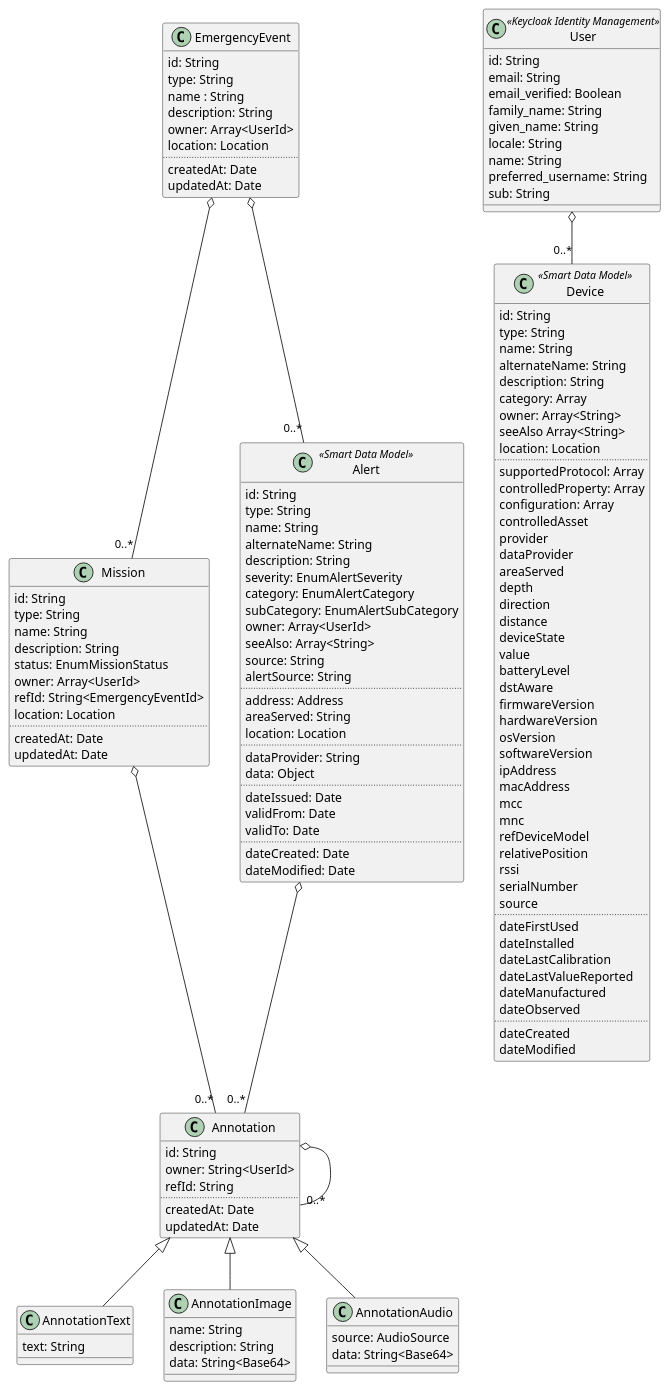
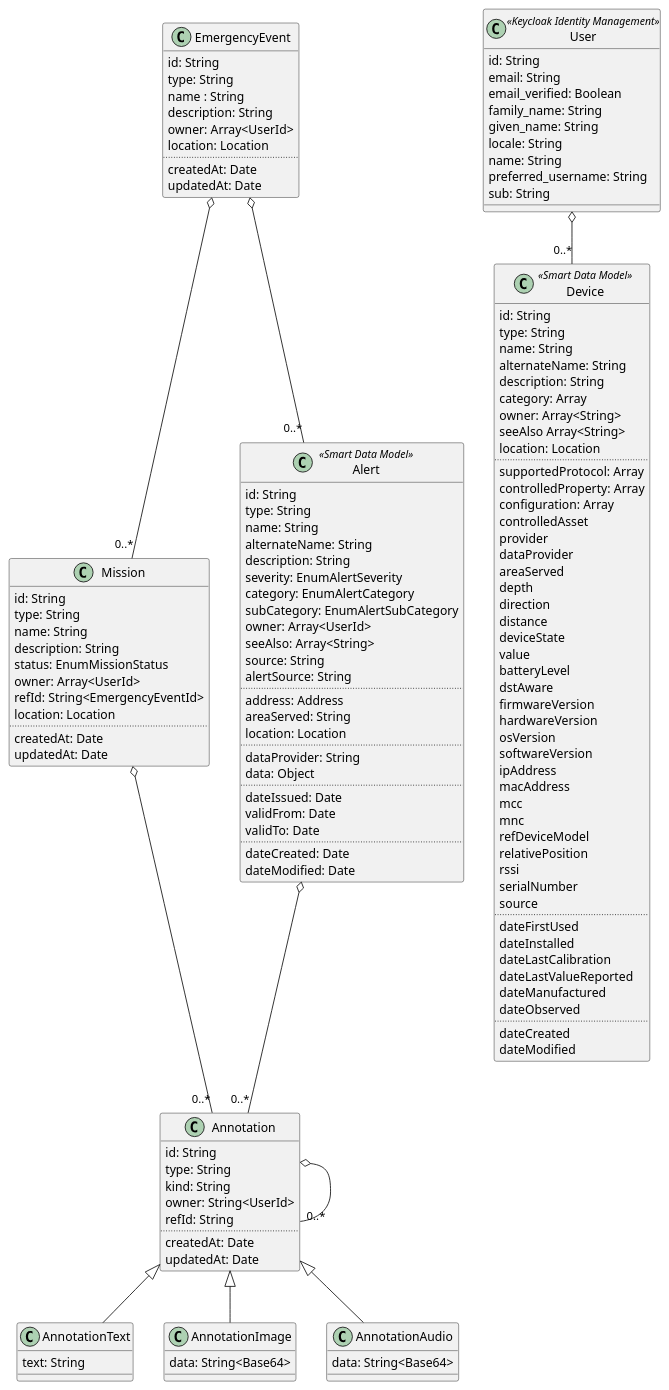
The diagram in server/docs/uml/object-diagram.puml (eldemet/PathoVIEW), drawn with PlantUML before and after one commit. The commit also changed 1 other file, not shown here.

Commit message:
docs(server): update deployment and object diagram

```diff
--- a/server/docs/uml/object-diagram.puml
+++ b/server/docs/uml/object-diagram.puml
@@ -1,146 +1,145 @@
 @startuml
 class EmergencyEvent {
     id: String
     type: String
     name : String
     description: String
     owner: Array<UserId>
     location: Location
     ..
     createdAt: Date
     updatedAt: Date
 }
 class Mission {
     id: String
     type: String
     name: String
     description: String
     status: EnumMissionStatus
     owner: Array<UserId>
     refId: String<EmergencyEventId>
     location: Location
     ..
     createdAt: Date
     updatedAt: Date
 }
 class User <<Keycloak Identity Management>> {
     id: String
     email: String
     email_verified: Boolean
     family_name: String
     given_name: String
     locale: String
     name: String
     preferred_username: String
     sub: String
 }
 class Alert <<Smart Data Model>> {
     id: String
     type: String
     name: String
     alternateName: String
     description: String
     severity: EnumAlertSeverity
     category: EnumAlertCategory
     subCategory: EnumAlertSubCategory
     owner: Array<UserId>
     seeAlso: Array<String>
     source: String
     alertSource: String
     ..
     address: Address
     areaServed: String
     location: Location
     ..
     dataProvider: String
     data: Object
     ..
     dateIssued: Date
     validFrom: Date
     validTo: Date
     ..
     dateCreated: Date
     dateModified: Date
 }
 class Device <<Smart Data Model>> {
     id: String
     type: String
     name: String
     alternateName: String
     description: String
     category: Array
     owner: Array<String>
     seeAlso Array<String>
     location: Location
     ..
     supportedProtocol: Array
     controlledProperty: Array
     configuration: Array
     controlledAsset
     provider
     dataProvider
     areaServed
     depth
     direction
     distance
     deviceState
     value
     batteryLevel
     dstAware
     firmwareVersion
     hardwareVersion
     osVersion
     softwareVersion
     ipAddress
     macAddress
     mcc
     mnc
     refDeviceModel
     relativePosition
     rssi
     serialNumber
     source
     ..
     dateFirstUsed
     dateInstalled
     dateLastCalibration
     dateLastValueReported
     dateManufactured
     dateObserved
     ..
     dateCreated
     dateModified
 }
 class Annotation {
     id: String
+    type: String
+    kind: String
     owner: String<UserId>
     refId: String
     ..
     createdAt: Date
     updatedAt: Date
 }
 class AnnotationText {
     text: String
 }
 class AnnotationImage {
-    name: String
-    description: String
     data: String<Base64>
 }
 class AnnotationAudio {
-    source: AudioSource
     data: String<Base64>
 }
 
 Annotation <|-- AnnotationText
 Annotation <|-- AnnotationImage
 Annotation <|-- AnnotationAudio
 
 EmergencyEvent o-- "0..*" Alert
 EmergencyEvent o-- "0..*" Mission
 User o-- "0..*" Device
 Annotation o-- "0..*" Annotation
 Mission o-- "0..*" Annotation
 Alert o-- "0..*" Annotation
 
 @enduml
```
